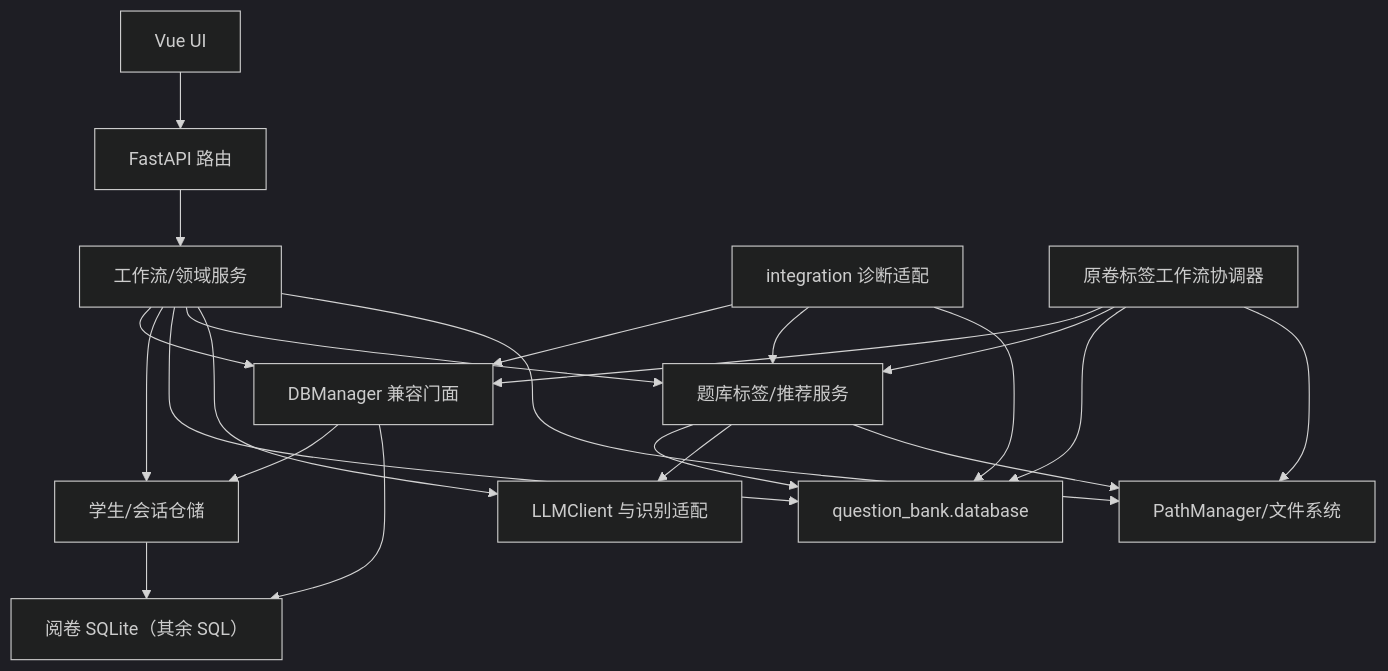
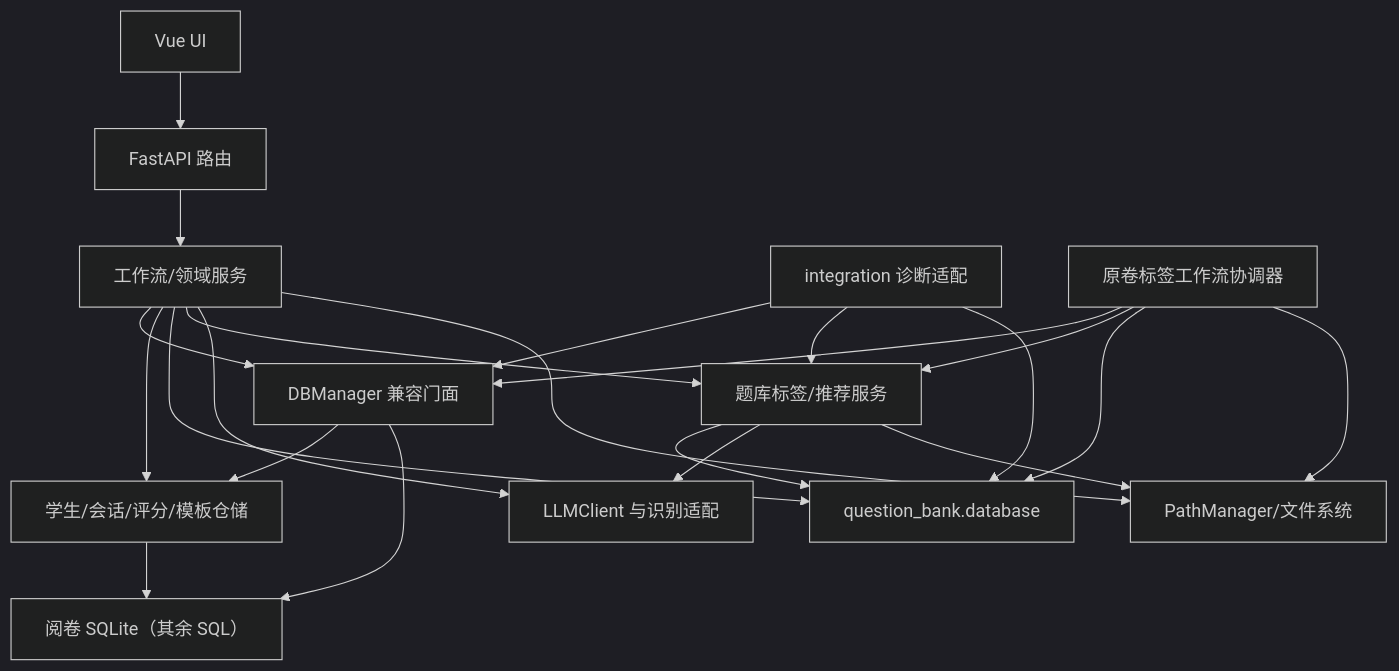
One commit to Hineni412/ai-grading-system-workstation changed the second of 5 diagrams in ARCHITECTURE.md. Above: the diagram before and after it, drawn with Mermaid (dark theme). The commit also changed other lines of this file and 1 other file, not shown here.

````diff
--- a/ARCHITECTURE.md
+++ b/ARCHITECTURE.md
@@ -183,28 +183,28 @@
 ```mermaid
 flowchart TD
     UI["Vue UI"] --> API["FastAPI 路由"]
     API --> Workflow["工作流/领域服务"]
     Workflow --> GradingFacade["DBManager 兼容门面"]
-    Workflow --> Repositories["学生/会话仓储"]
+    Workflow --> Repositories["学生/会话/评分/模板仓储"]
     Workflow --> BankData["question_bank.database"]
 
     GradingFacade --> Repositories
     GradingFacade --> GradingData["阅卷 SQLite（其余 SQL）"]
     Repositories --> GradingData
     Workflow --> BankServices["题库标签/推荐服务"]
     Workflow --> LLM["LLMClient 与识别适配"]
     Workflow --> Paths["PathManager/文件系统"]
 
     BankServices --> BankData
     BankServices --> LLM
     BankServices --> Paths
 
     Integration["integration 诊断适配"] --> GradingFacade
     Integration --> BankServices
     Integration --> BankData
 
     PaperWorkflow["原卷标签工作流协调器"] --> GradingFacade
     PaperWorkflow --> BankServices
     PaperWorkflow --> BankData
     PaperWorkflow --> Paths
 ```
````
